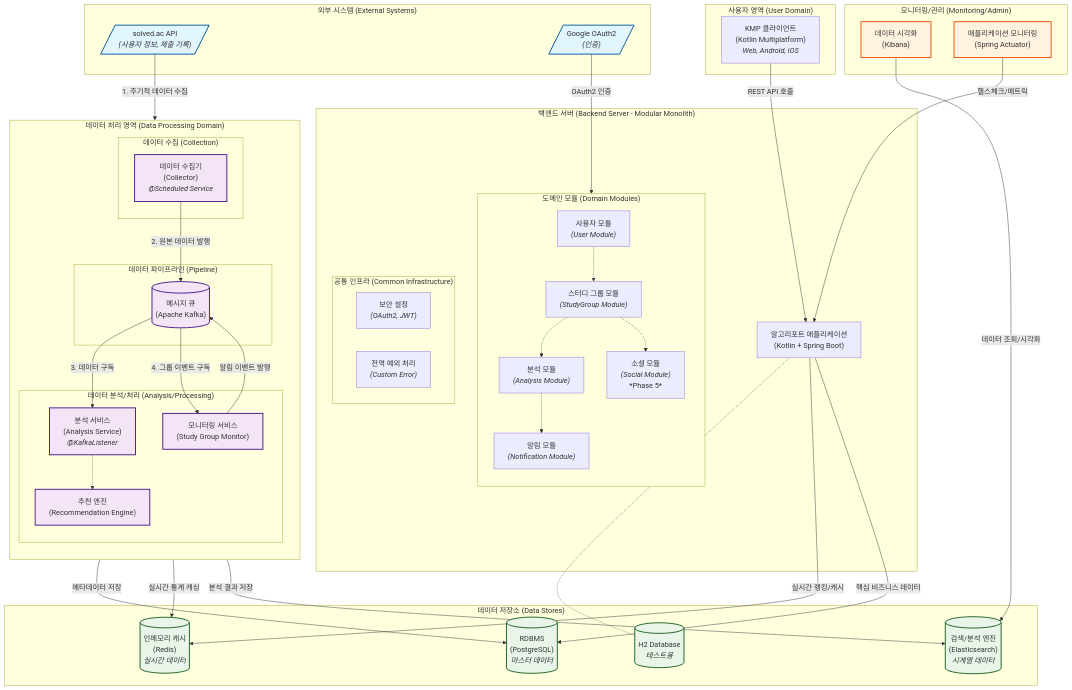
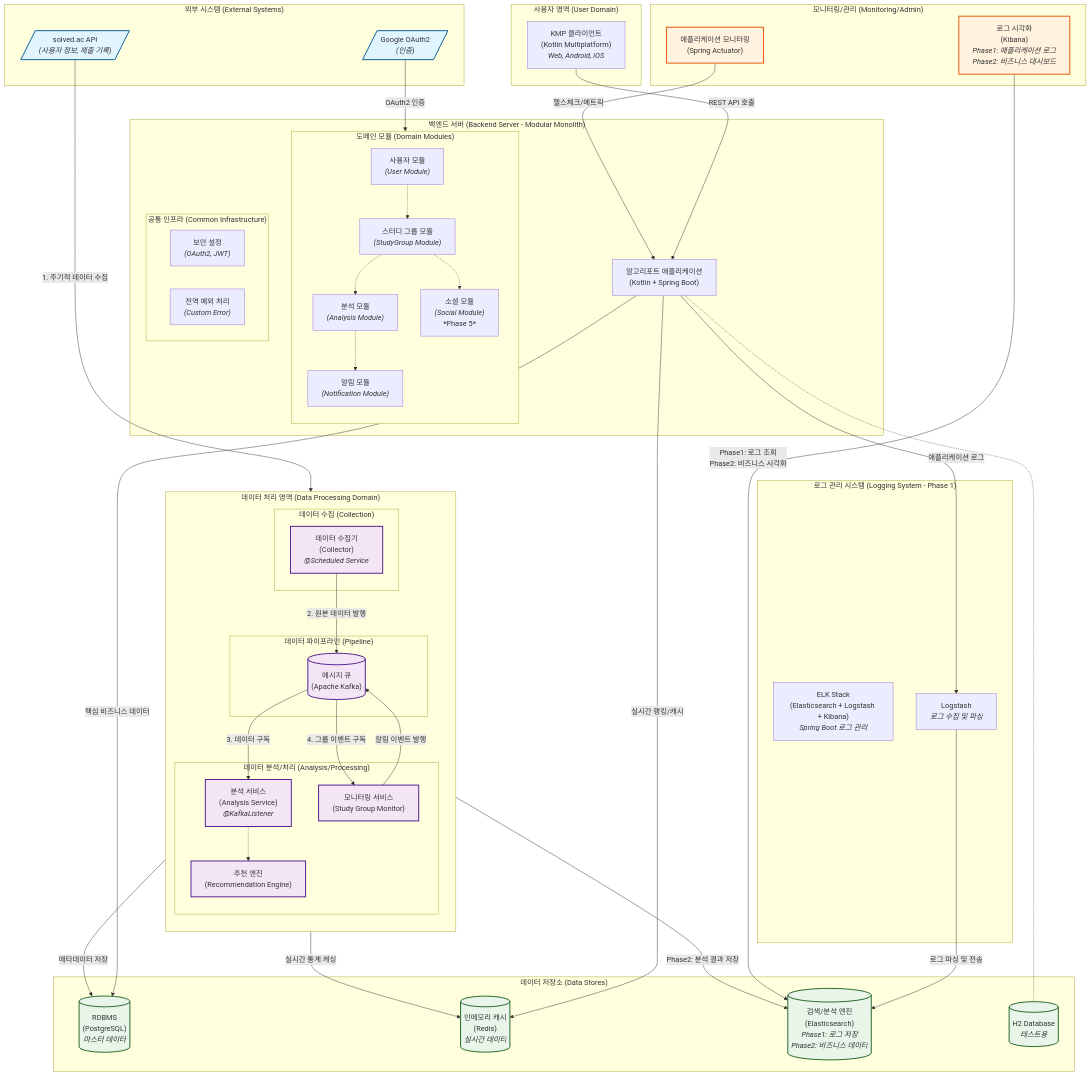
The first of 4 diagrams in markdown/architect/Architecture.md (Hun425/AlgoReport), drawn with Mermaid before and after one commit. The commit also changed other lines of this file and 9 other files, not shown here.

First line of the commit message:
feat: ELK Stack 로그 관리 시스템 도입

```diff
--- a/markdown/architect/Architecture.md
+++ b/markdown/architect/Architecture.md
@@ -52,12 +52,17 @@
     subgraph "데이터 저장소 (Data Stores)"
         PostgreSQL[("RDBMS<br>(PostgreSQL)<br><i>마스터 데이터</i>")]
         Redis[("인메모리 캐시<br>(Redis)<br><i>실시간 데이터</i>")]
-        Elasticsearch[("검색/분석 엔진<br>(Elasticsearch)<br><i>시계열 데이터</i>")]
+        Elasticsearch[("검색/분석 엔진<br>(Elasticsearch)<br><i>Phase1: 로그 저장<br>Phase2: 비즈니스 데이터</i>")]
         H2[("H2 Database<br><i>테스트용</i>")]
     end
 
+    subgraph "로그 관리 시스템 (Logging System - Phase 1)"
+        ELKStack["ELK Stack<br>(Elasticsearch + Logstash + Kibana)<br><i>Spring Boot 로그 관리</i>"]
+        Logstash["Logstash<br><i>로그 수집 및 파싱</i>"]
+    end
+
     subgraph "모니터링/관리 (Monitoring/Admin)"
-        Kibana["데이터 시각화<br>(Kibana)"]
+        Kibana["로그 시각화<br>(Kibana)<br><i>Phase1: 애플리케이션 로그<br>Phase2: 비즈니스 대시보드</i>"]
         SpringActuator["애플리케이션 모니터링<br>(Spring Actuator)"]
     end
 
@@ -83,16 +88,20 @@
     %% 데이터 저장 (Data Storage)
     BackendServer -- "핵심 비즈니스 데이터" --> PostgreSQL
     BackendServer -- "실시간 랭킹/캐시" --> Redis
-    AnalysisService -- "분석 결과 저장" --> Elasticsearch
+    AnalysisService -- "Phase2: 분석 결과 저장" --> Elasticsearch
     AnalysisService -- "실시간 통계 캐싱" --> Redis
     AnalysisService -- "메타데이터 저장" --> PostgreSQL
     MonitoringService -- "알림 이벤트 발행" --> Kafka
+    
+    %% 로그 관리 (Phase 1)
+    BackendServer -- "애플리케이션 로그" --> Logstash
+    Logstash -- "로그 파싱 및 전송" --> Elasticsearch
     
     %% 개발/테스트 환경
     BackendServer -.- H2
     
     %% 모니터링 (Monitoring)
-    Kibana -- "데이터 조회/시각화" --> Elasticsearch
+    Kibana -- "Phase1: 로그 조회<br>Phase2: 비즈니스 시각화" --> Elasticsearch
     SpringActuator -- "헬스체크/메트릭" --> BackendServer
 
     %% 스타일링
```
